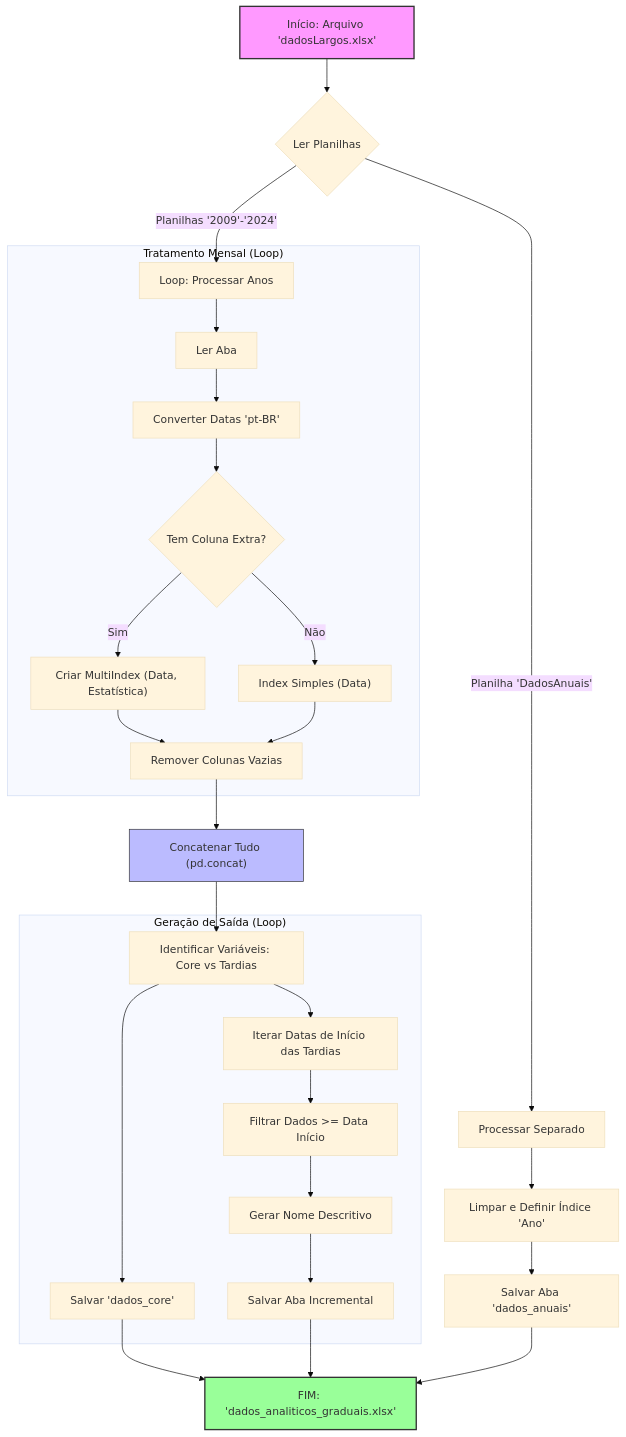
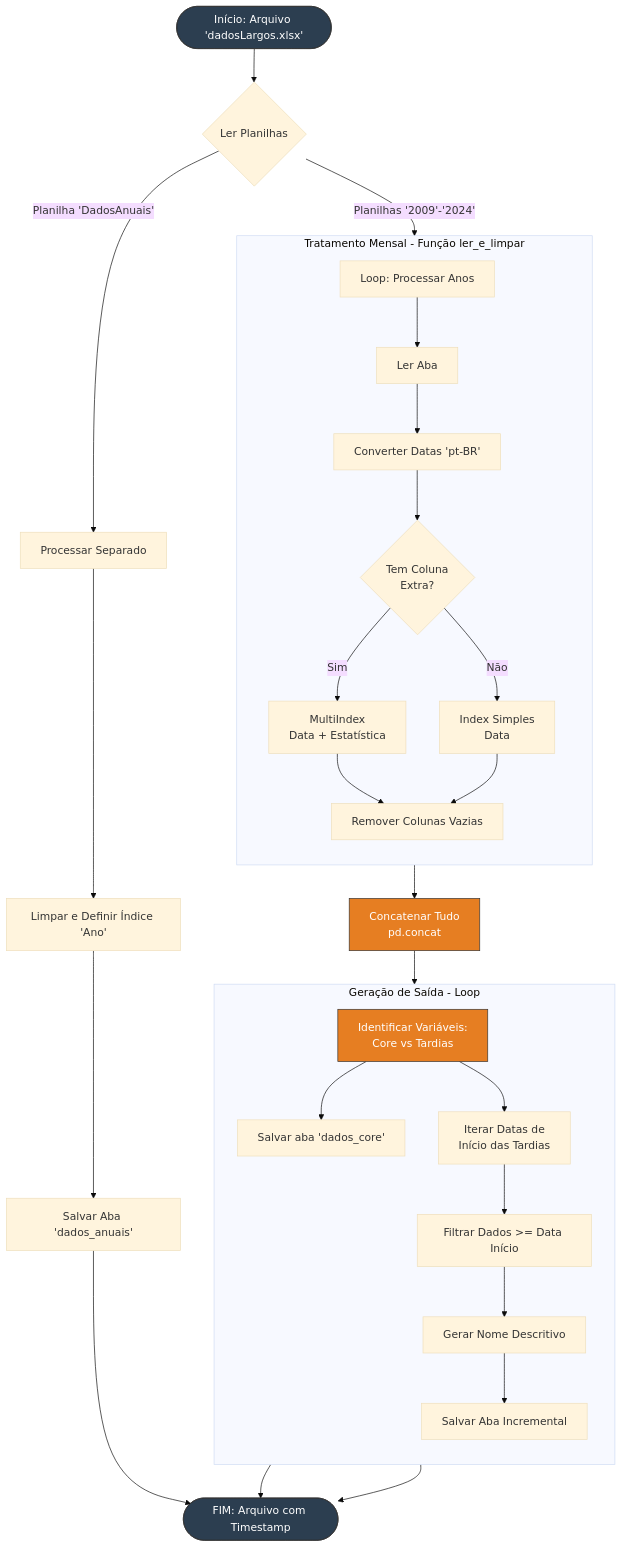
Before and after one commit to Guilherme-Betta/IC2: the diagram in Flowcharts/flowPreLimpeza.md, drawn with Mermaid (base theme).

Commit message:
Atualização fluxograma

````diff
--- a/Flowcharts/flowPreLimpeza.md
+++ b/Flowcharts/flowPreLimpeza.md
@@ -1,35 +1,48 @@
 ```mermaid
-graph TD
-    A["Início: Arquivo 'dadosLargos.xlsx'"] --> B{"Ler Planilhas"};
-    B -->|"Planilhas '2009'-'2024'"| C["Loop: Processar Anos"];
-    B -->|"Planilha 'DadosAnuais'"| D["Processar Separado"];
+flowchart TD
+    %% Nós Iniciais
+    Start([Início: Arquivo 'dadosLargos.xlsx']) --> CheckType{Ler Planilhas}
     
-    subgraph "Tratamento Mensal (Loop)"
-    C --> C1["Ler Aba"];
-    C1 --> C2["Converter Datas 'pt-BR'"];
-    C2 --> C3{"Tem Coluna Extra?"};
-    C3 -->|Sim| C4["Criar MultiIndex (Data, Estatística)"];
-    C3 -->|Não| C5["Index Simples (Data)"];
-    C4 & C5 --> C6["Remover Colunas Vazias"];
+    %% Ramificações
+    CheckType -->|Planilhas '2009'-'2024'| LoopMensal[Loop: Processar Anos]
+    CheckType -->|Planilha 'DadosAnuais'| ProcAnual[Processar Separado]
+    
+    %% Subgráfico: Tratamento Mensal
+    subgraph Tratamento [Tratamento Mensal - Função ler_e_limpar]
+        direction TB
+        LoopMensal --> ReadSheet[Ler Aba]
+        ReadSheet --> ConvertDate[Converter Datas 'pt-BR']
+        ConvertDate --> HasExtra{Tem Coluna<br/>Extra?}
+        
+        HasExtra -- Sim --> MultiIdx[MultiIndex<br/>Data + Estatística]
+        HasExtra -- Não --> SingleIdx[Index Simples<br/>Data]
+        
+        MultiIdx & SingleIdx --> DropEmpty[Remover Colunas Vazias]
     end
     
-    C6 --> E["Concatenar Tudo (pd.concat)"];
-    E --> F["Identificar Variáveis: Core vs Tardias"];
+    DropEmpty --> Concat[Concatenar Tudo<br/>pd.concat]
+    Concat --> IdentVars[Identificar Variáveis:<br/>Core vs Tardias]
     
-    subgraph "Geração de Saída (Loop)"
-    F --> G1["Salvar 'dados_core'"];
-    F --> G2["Iterar Datas de Início das Tardias"];
-    G2 --> G3["Filtrar Dados >= Data Início"];
-    G3 --> G4["Gerar Nome Descritivo"];
-    G4 --> G5["Salvar Aba Incremental"];
+    %% Subgráfico: Geração de Saída
+    subgraph Saida [Geração de Saída - Loop]
+        direction TB
+        IdentVars --> SaveCore[Salvar aba 'dados_core']
+        IdentVars --> IterDates[Iterar Datas de<br/>Início das Tardias]
+        IterDates --> FilterData[Filtrar Dados >= Data Início]
+        FilterData --> GenName[Gerar Nome Descritivo]
+        GenName --> SaveInc[Salvar Aba Incremental]
     end
     
-    D --> H["Limpar e Definir Índice 'Ano'"];
-    H --> I["Salvar Aba 'dados_anuais'"];
+    %% Caminho Anual
+    ProcAnual --> CleanAnual[Limpar e Definir Índice 'Ano']
+    CleanAnual --> SaveAnual[Salvar Aba 'dados_anuais']
     
-    G1 & G5 & I --> J["FIM: 'dados_analiticos_graduais.xlsx'"];
+    %% Finalização
+    SaveCore & SaveInc & SaveAnual --> End([FIM: Arquivo com Timestamp])
     
-    style A fill:#f9f,stroke:#333,stroke-width:2px
-    style J fill:#9f9,stroke:#333,stroke-width:2px
-    style E fill:#bbf,stroke:#333
+    %% Estilização (Opcional - Cores suaves)
+    style Start fill:#2c3e50,stroke:#333,color:#fff
+    style End fill:#2c3e50,stroke:#333,color:#fff
+    style Concat fill:#e67e22,stroke:#333,color:#fff
+    style IdentVars fill:#e67e22,stroke:#333,color:#fff
  ```
````
